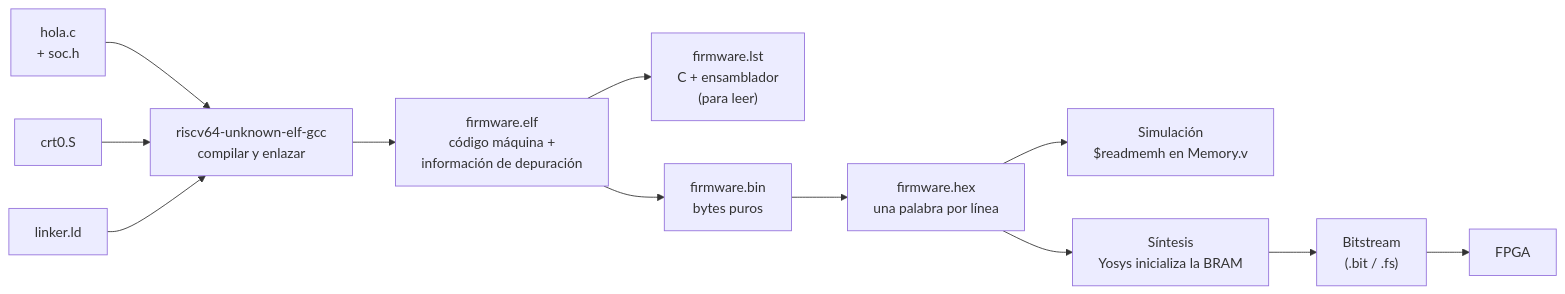
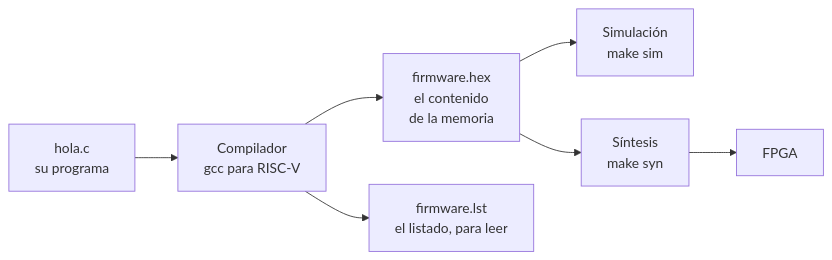
The diagram in Labs/lab-femtorv/lab-femtorv/Fundamentos/03_De_C_a_la_FPGA.md (afgalindor1/Laboratorio_Digital_2026_2_G9_G10), drawn with Mermaid before and after one commit. The commit also changed other lines of this file and 7 other files, not shown here.

Commit message:
Simplificar el laboratorio para Digital I: mapa de memoria como idea central

````diff
--- a/Labs/lab-femtorv/lab-femtorv/Fundamentos/03_De_C_a_la_FPGA.md
+++ b/Labs/lab-femtorv/lab-femtorv/Fundamentos/03_De_C_a_la_FPGA.md
@@ -26,14 +21,9 @@
 ```mermaid
 flowchart LR
-    C["hola.c<br/>+ soc.h"] --> GCC["riscv64-unknown-elf-gcc<br/>compilar y enlazar"]
-    S["crt0.S"] --> GCC
-    LD["linker.ld"] --> GCC
-    GCC --> ELF["firmware.elf<br/>código máquina +<br/>información de depuración"]
-    ELF --> LST["firmware.lst<br/>C + ensamblador<br/>(para leer)"]
-    ELF --> BIN["firmware.bin<br/>bytes puros"]
-    BIN --> HEX["firmware.hex<br/>una palabra por línea"]
-    HEX --> SIM["Simulación<br/>$readmemh en Memory.v"]
-    HEX --> SYN["Síntesis<br/>Yosys inicializa la BRAM"]
-    SYN --> BIT["Bitstream<br/>(.bit / .fs)"]
-    BIT --> FPGA["FPGA"]
+    C["hola.c<br/>su programa"] --> GCC["Compilador<br/>gcc para RISC-V"]
+    GCC --> HEX["firmware.hex<br/>el contenido<br/>de la memoria"]
+    GCC --> LST["firmware.lst<br/>el listado, para leer"]
+    HEX --> SIM["Simulación<br/>make sim"]
+    HEX --> SYN["Síntesis<br/>make syn"]
+    SYN --> FPGA["FPGA"]
 ```
````
